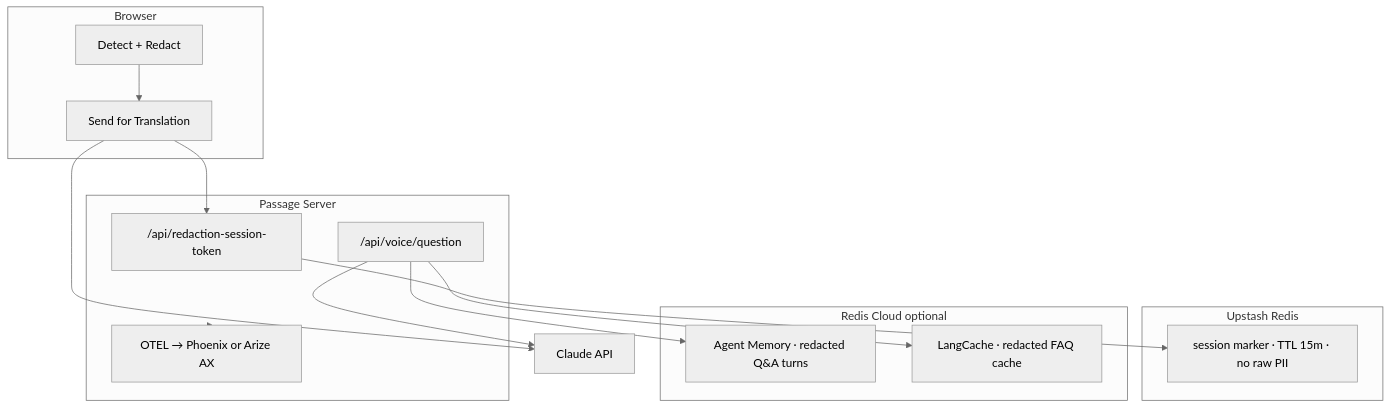
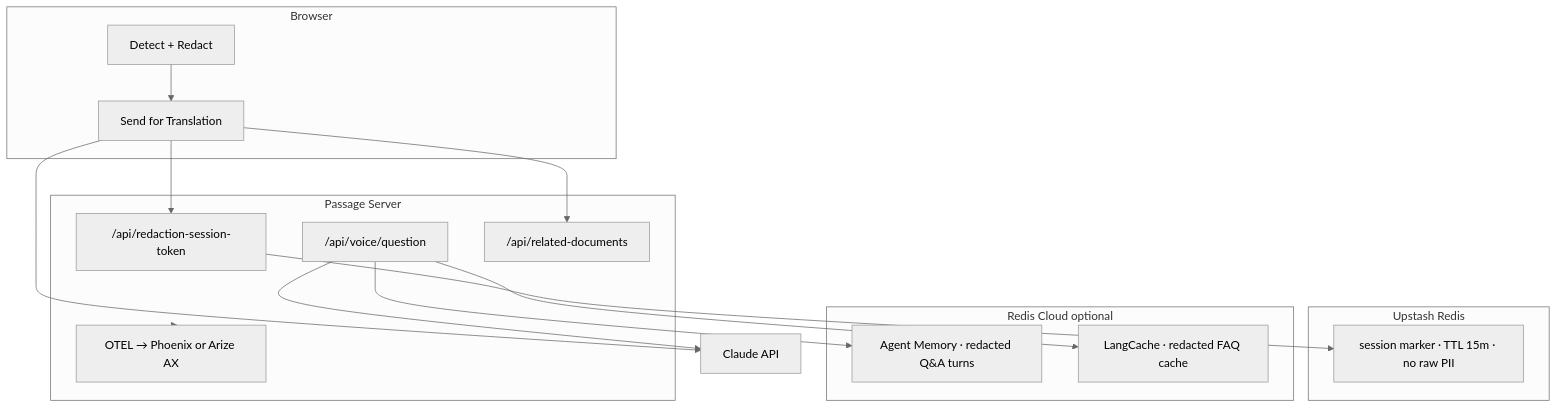
One commit to shanghanyan/Passage changed the diagram in README.md. Above: the diagram before and after it, drawn with Mermaid (neutral theme). The commit also changed other lines of this file and 22 other files, not shown here.

````diff
--- a/README.md
+++ b/README.md
@@ -120,31 +120,33 @@
 ```mermaid
 flowchart TB
   subgraph browser [Browser]
     Detect[Detect + Redact]
     Send[Send for Translation]
   end
 
   subgraph upstash [Upstash Redis]
     Session["session marker · TTL 15m · no raw PII"]
   end
 
   subgraph redisCloud [Redis Cloud optional]
     AM[Agent Memory · redacted Q&A turns]
     LC[LangCache · redacted FAQ cache]
   end
 
   subgraph server [Passage Server]
     Mint["/api/redaction-session-token"]
     VQ["/api/voice/question"]
+    RD["/api/related-documents"]
     OTEL["OTEL → Phoenix or Arize AX"]
   end
 
   Detect --> Send
   Send --> Mint
   Mint --> Session
+  Send --> RD
   VQ --> AM
   VQ --> LC
   VQ --> Claude[Claude API]
   Send --> Claude
   server --> OTEL
 ```
````
